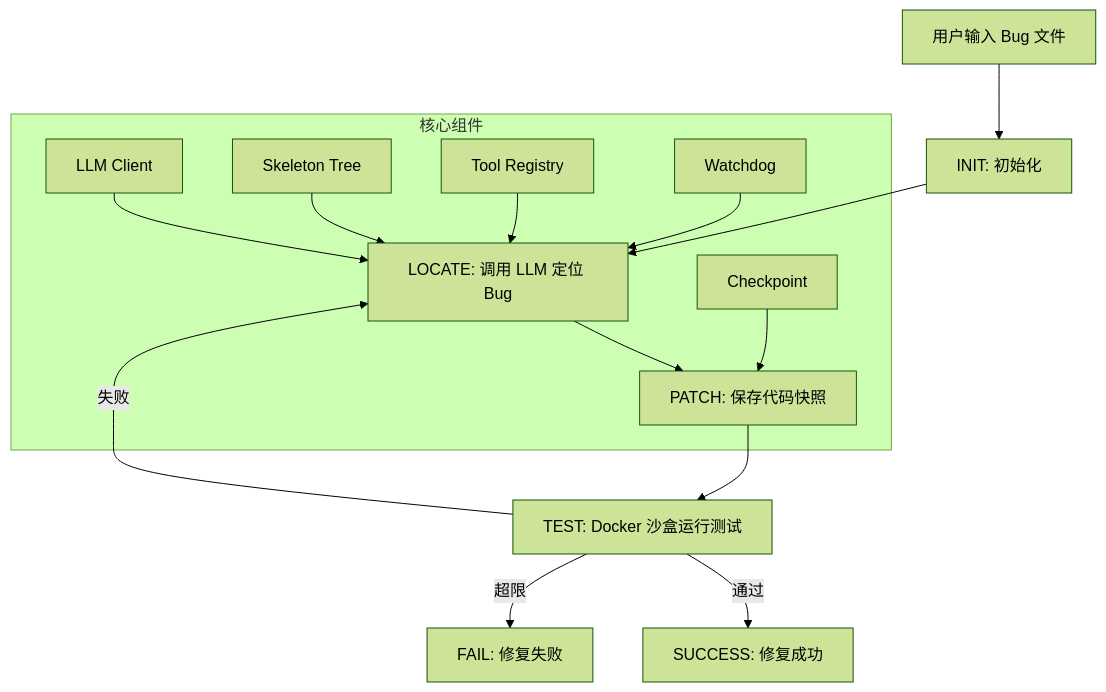
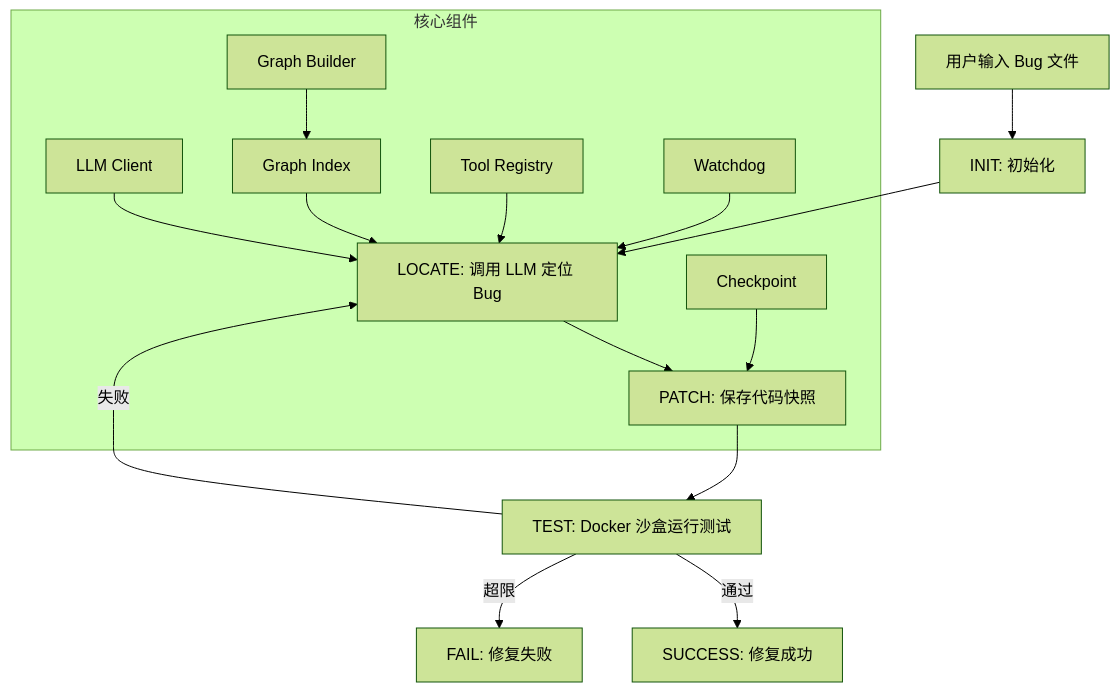
The diagram in README.md (buhui-biancheng/mini-swe), drawn with Mermaid (forest theme) before and after one commit. The commit also changed other lines of this file and 26 other files, not shown here.

Commit message:
Phase 1 完成：加权图索引 + 金标准测试 + CLI 命令

````diff
--- a/README.md
+++ b/README.md
@@ -22,18 +24,19 @@
 ```mermaid
 graph TD
     A[用户输入 Bug 文件] --> B[INIT: 初始化]
     B --> C[LOCATE: 调用 LLM 定位 Bug]
     C --> D[PATCH: 保存代码快照]
     D --> E[TEST: Docker 沙盒运行测试]
     E -->|通过| F[SUCCESS: 修复成功]
     E -->|失败| C
     E -->|超限| G[FAIL: 修复失败]
 
     subgraph "核心组件"
         H[LLM Client] --> C
-        I[Skeleton Tree] --> C
+        I[Graph Index] --> C
         J[Tool Registry] --> C
         K[Watchdog] --> C
         L[Checkpoint] --> D
+        M[Graph Builder] --> I
     end
 ```
````
